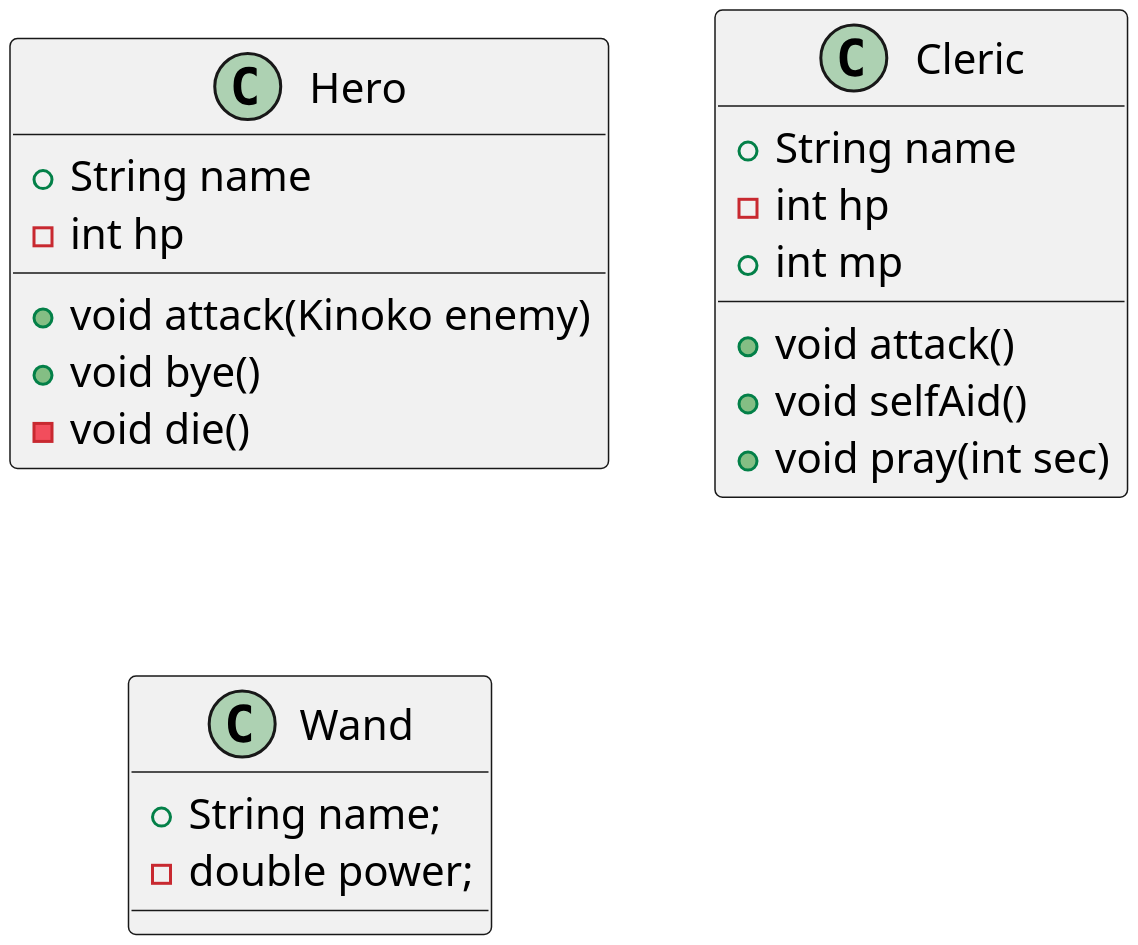
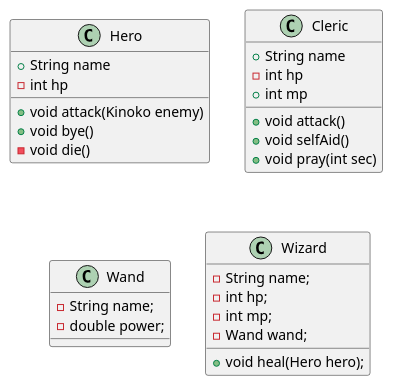
Before and after one commit to SurvivalCodingCampus/polytech_java_study: the diagram in src/main/java/com/survivalcoding/Game.puml, drawn with PlantUML. The commit also changed 2 other files, not shown here.

Commit message:
Feat : UML 작성 완료

```diff
--- a/src/main/java/com/survivalcoding/Game.puml
+++ b/src/main/java/com/survivalcoding/Game.puml
@@ -1,31 +1,40 @@
 @startuml
 'https://plantuml.com/class-diagram
-scale 3
 
 class Hero{
 + String name
 - int hp
 
 +void attack(Kinoko enemy)
 +void bye()
 -void die()
 }
 
 
 class Cleric{
 + String name
 - int hp
 +int mp
 
 + void attack()
 + void selfAid()
 + void pray(int sec)
 }
 
 
 class Wand{
-+ String name;
+- String name;
 - double power;
 }
 
+class Wizard{
+- String name;
+- int hp;
+- int mp;
+- Wand wand;
+
++ void heal(Hero hero);
+
+}
+
 @enduml
```
